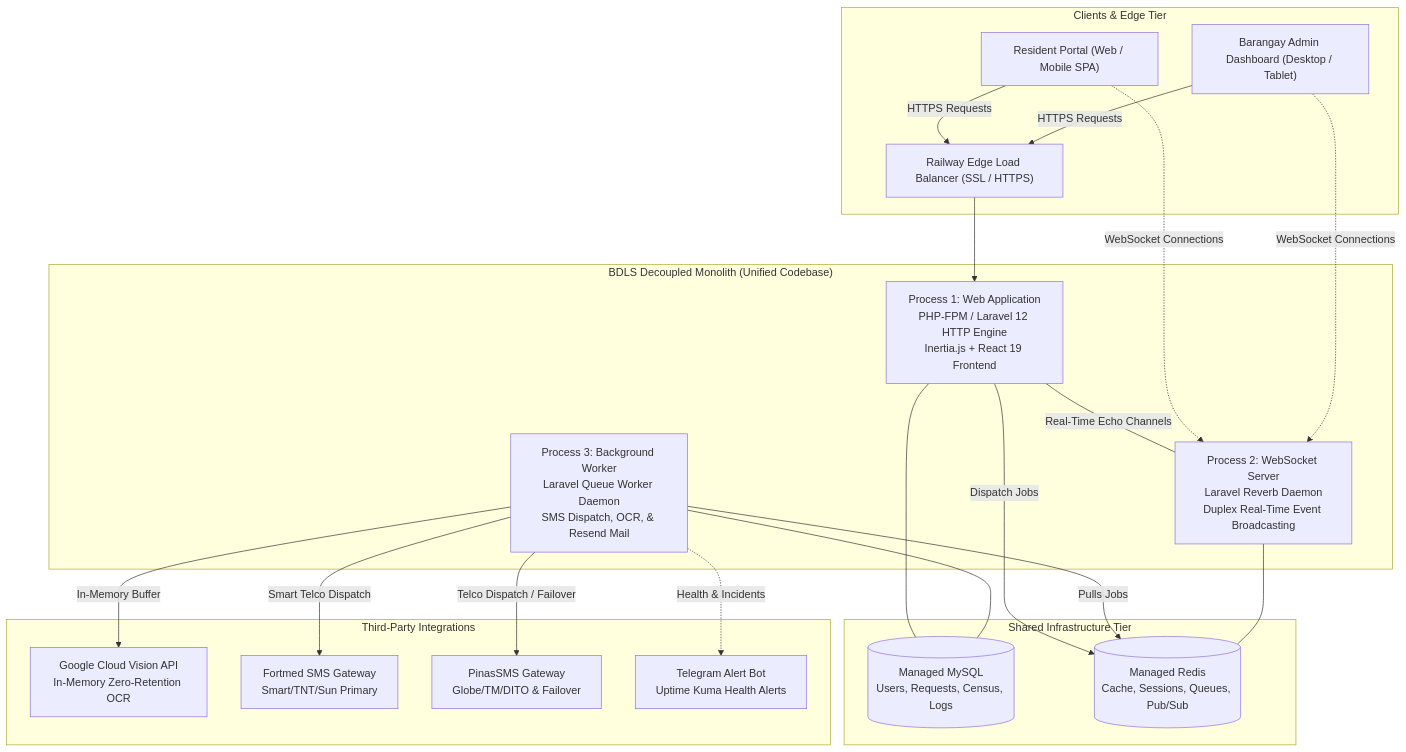
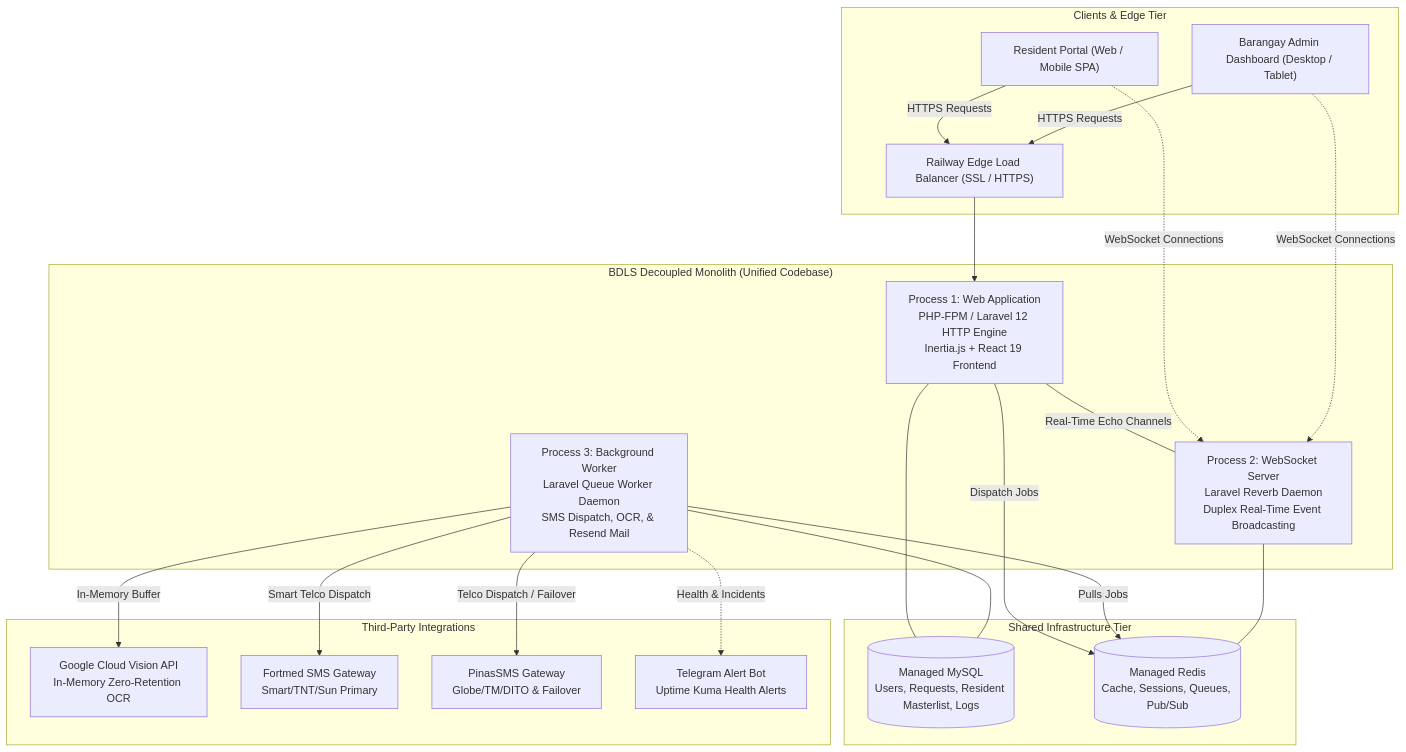
The diagram in README.md (RICHHACKER45/bdls-system), drawn with Mermaid before and after one commit. The commit also changed other lines of this file and 14 other files, not shown here.

Commit message:
refactor: rename census records entity to resident masterlist across database and frontend

````diff
--- a/README.md
+++ b/README.md
@@ -33,46 +33,46 @@
 ```mermaid
 flowchart TD
     subgraph Clients["Clients & Edge Tier"]
         Residents["Resident Portal (Web / Mobile SPA)"]
         Admins["Barangay Admin Dashboard (Desktop / Tablet)"]
         RailwayEdge["Railway Edge Load Balancer (SSL / HTTPS)"]
     end
 
     subgraph DecoupledMonolith["BDLS Decoupled Monolith (Unified Codebase)"]
         WebApp["Process 1: Web Application<br/>PHP-FPM / Laravel 12 HTTP Engine<br/>Inertia.js + React 19 Frontend"]
         ReverbServer["Process 2: WebSocket Server<br/>Laravel Reverb Daemon<br/>Duplex Real-Time Event Broadcasting"]
         QueueWorker["Process 3: Background Worker<br/>Laravel Queue Worker Daemon<br/>SMS Dispatch, OCR, & Resend Mail"]
     end
 
     subgraph DataStorage["Shared Infrastructure Tier"]
-        MySQL[("Managed MySQL<br/>Users, Requests, Census, Logs")]
+        MySQL[("Managed MySQL<br/>Users, Requests, Resident Masterlist, Logs")]
         Redis[("Managed Redis<br/>Cache, Sessions, Queues, Pub/Sub")]
     end
 
     subgraph ExternalServices["Third-Party Integrations"]
         VisionAPI["Google Cloud Vision API<br/>In-Memory Zero-Retention OCR"]
         FortmedSMS["Fortmed SMS Gateway<br/>Smart/TNT/Sun Primary"]
         PinasSMS["PinasSMS Gateway<br/>Globe/TM/DITO & Failover"]
         TelegramBot["Telegram Alert Bot<br/>Uptime Kuma Health Alerts"]
     end
 
     Residents -->|HTTPS Requests| RailwayEdge
     Admins -->|HTTPS Requests| RailwayEdge
     RailwayEdge --> WebApp
 
     WebApp ---|Real-Time Echo Channels| ReverbServer
     Residents -.->|WebSocket Connections| ReverbServer
     Admins -.->|WebSocket Connections| ReverbServer
 
     WebApp -->|Dispatch Jobs| Redis
     QueueWorker -->|Pulls Jobs| Redis
 
     WebApp --- MySQL
     QueueWorker --- MySQL
     ReverbServer --- Redis
 
     QueueWorker -->|In-Memory Buffer| VisionAPI
     QueueWorker -->|Smart Telco Dispatch| FortmedSMS
     QueueWorker -->|Telco Dispatch / Failover| PinasSMS
     QueueWorker -.->|Health & Incidents| TelegramBot
 ```
````
